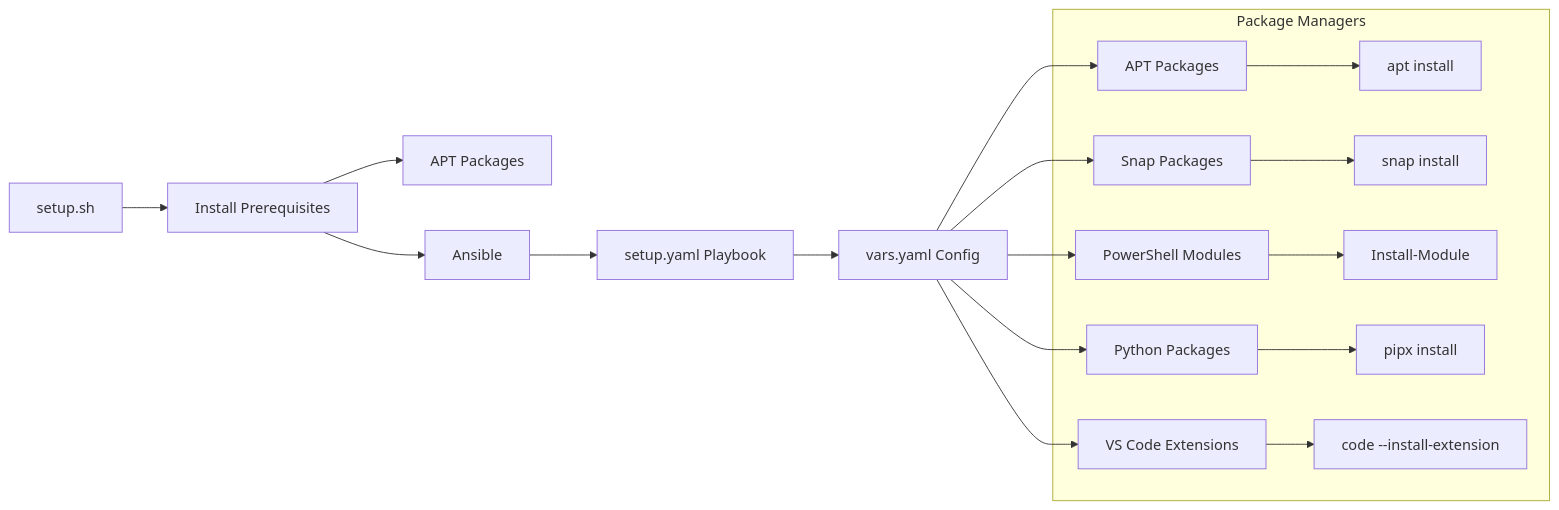
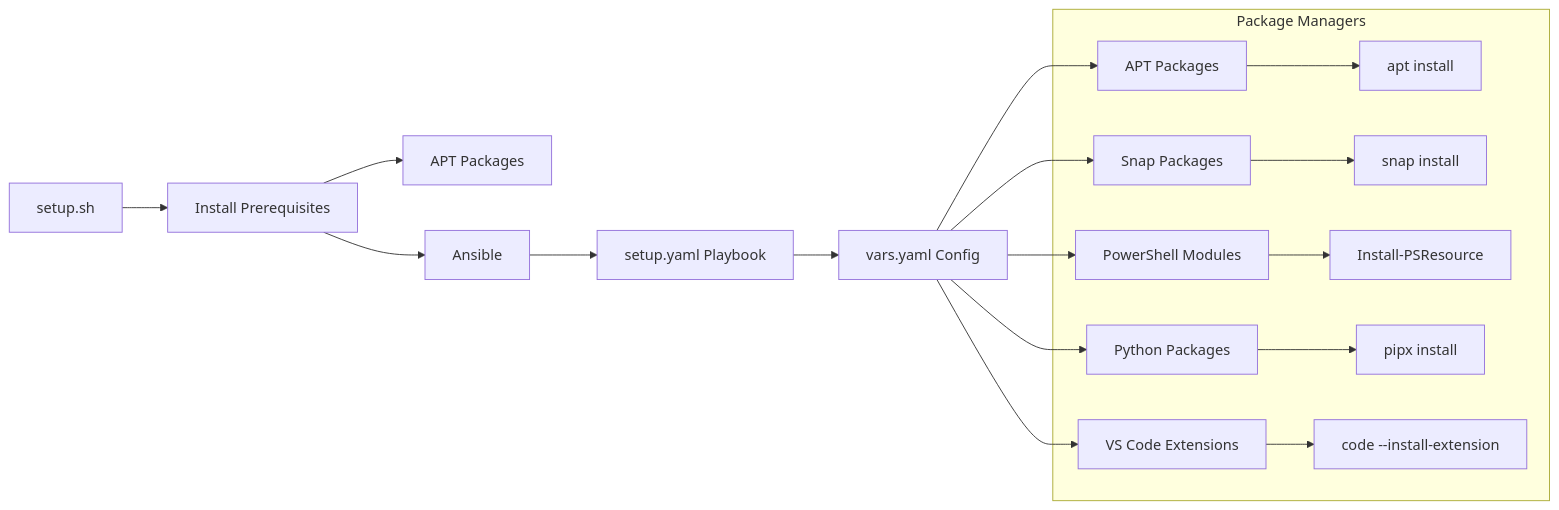
One commit to ryanspletzer/dev-machine-setup changed the fourth of 9 diagrams in docs/architecture.md. Above: the diagram before and after it, drawn with Mermaid. The commit also changed other lines of this file and 6 other files, not shown here.

````diff
--- a/docs/architecture.md
+++ b/docs/architecture.md
@@ -125,22 +128,22 @@
 ```mermaid
 graph LR
     A[setup.sh] --> B[Install Prerequisites]
     B --> C[APT Packages]
     B --> D[Ansible]
     D --> E[setup.yaml Playbook]
     E --> F[vars.yaml Config]
 
     F --> G[APT Packages]
     F --> H[Snap Packages]
     F --> I[PowerShell Modules]
     F --> J[Python Packages]
     F --> K[VS Code Extensions]
 
     subgraph "Package Managers"
         G --> L[apt install]
         H --> M[snap install]
-        I --> N[Install-Module]
+        I --> N[Install-PSResource]
         J --> O[pipx install]
         K --> P[code --install-extension]
     end
 ```
````
